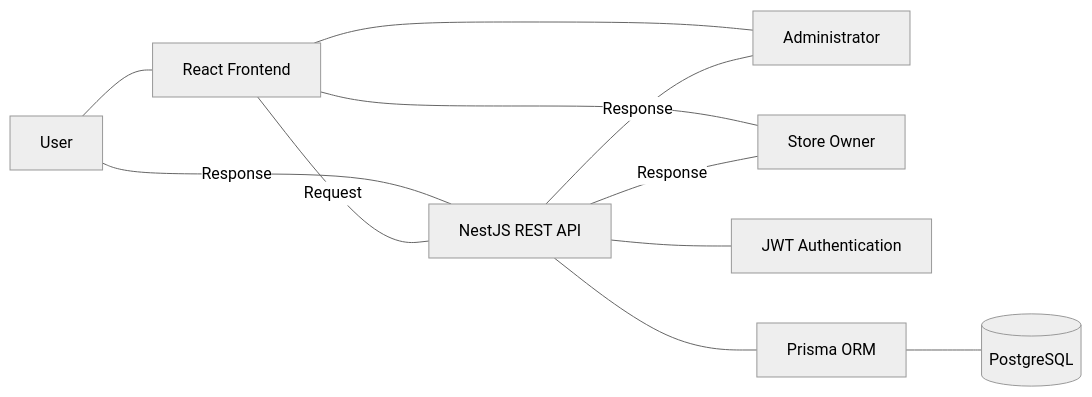
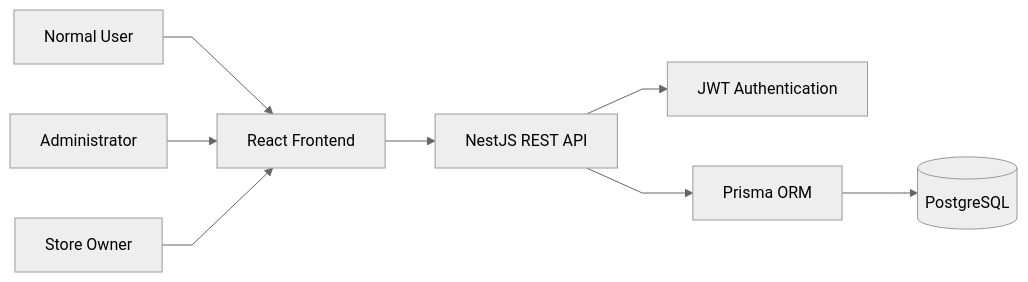
Before and after one commit to Govind-553/RateNest-Store-Ratings-Platform: the diagram in README.md, drawn with Mermaid (neutral theme).

Commit message:
Changes in Readme file

````diff
--- a/README.md
+++ b/README.md
@@ -5,22 +5,11 @@
 ```mermaid
+%%{init: {'flowchart': {'curve': 'linear'}}}%%
 flowchart LR
-  U[User]
-  A[Administrator]
-  O[Store Owner]
-  F[React Frontend]
-  API[NestJS REST API]
-  AUTH[JWT Authentication]
-  P[Prisma ORM]
-  DB[(PostgreSQL)]
-
-  U --- F
-  A --- F
-  O --- F
-  F ---|Request| API
-  API --- AUTH
-  API --- P
-  P --- DB
-  API ---|Response| U
-  API ---|Response| A
-  API ---|Response| O
+  U[Normal User] --> F[React Frontend]
+  A[Administrator] --> F
+  O[Store Owner] --> F
+  F --> API[NestJS REST API]
+  API --> AUTH[JWT Authentication]
+  API --> P[Prisma ORM]
+  P --> DB[(PostgreSQL)]
 ```
````
